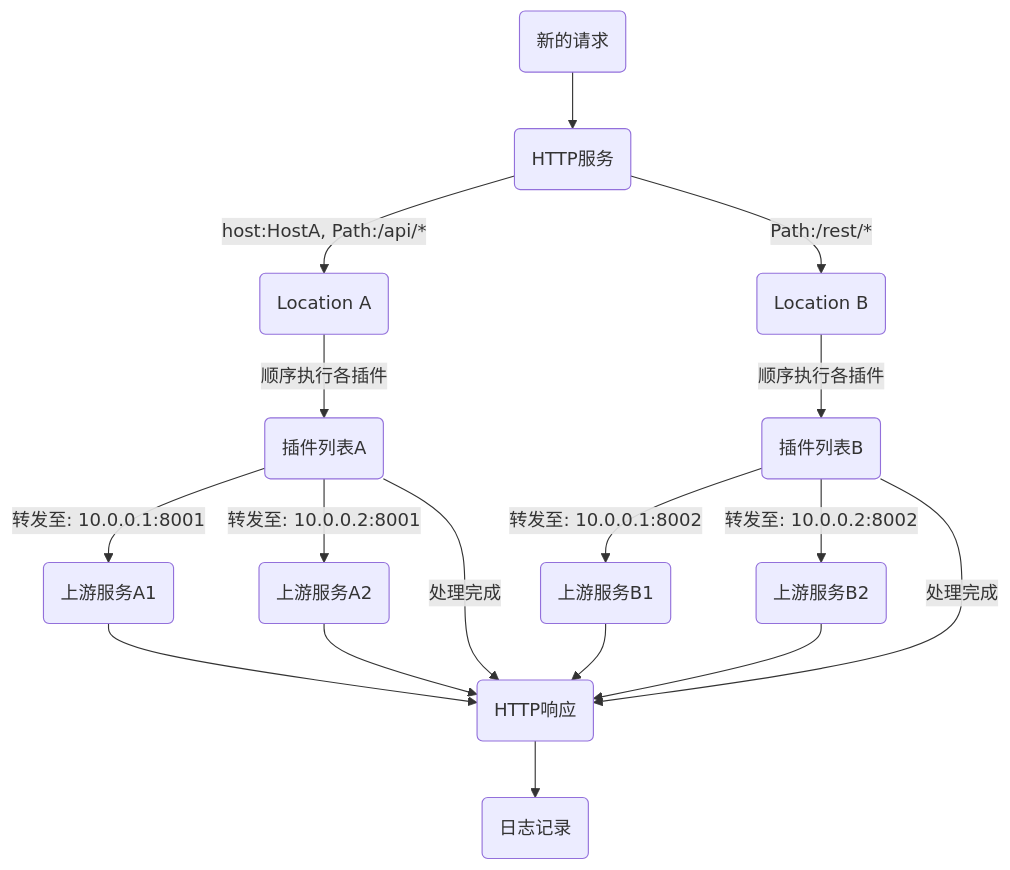
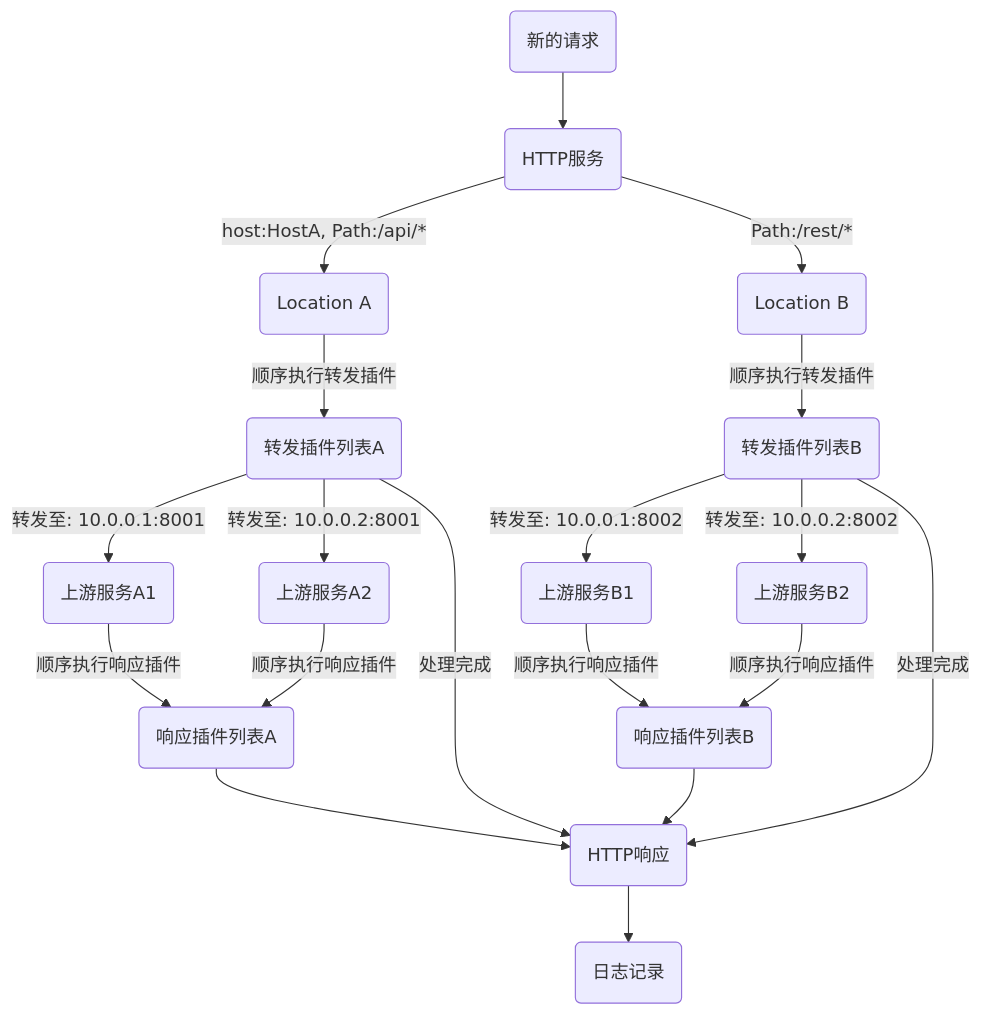
One commit to vicanso/pingap changed the diagram in README_zh.md. Above: the diagram before and after it, drawn with Mermaid. The commit also changed 20 other files, not shown here.

````diff
--- a/README_zh.md
+++ b/README_zh.md
@@ -46,26 +46,47 @@
 ```mermaid
 graph TD;
-    start("新的请求")-->server("HTTP服务");
+    server("HTTP服务");
+    locationA("Location A");
+    locationB("Location B");
+    locationPluginListA("转发插件列表A");
+    locationPluginListB("转发插件列表B");
+    upstreamA1("上游服务A1");
+    upstreamA2("上游服务A2");
+    upstreamB1("上游服务B1");
+    upstreamB2("上游服务B2");
+    locationResponsePluginListA("响应插件列表A");
+    locationResponsePluginListB("响应插件列表B");
 
-    server -- "host:HostA, Path:/api/*" --> locationA("Location A")
+    start("新的请求") --> server
 
-    server -- "Path:/rest/*"--> locationB("Location B")
+    server -- "host:HostA, Path:/api/*" --> locationA
 
-    locationA -- "顺序执行各插件" --> locationPluginListA("插件列表A")
+    server -- "Path:/rest/*"--> locationB
 
-    locationB -- "顺序执行各插件" --> locationPluginListB("插件列表B")
+    locationA -- "顺序执行转发插件" --> locationPluginListA
 
-    locationPluginListA -- "转发至: 10.0.0.1:8001" --> upstreamA1("上游服务A1") --> response
+    locationB -- "顺序执行转发插件" --> locationPluginListB
 
-    locationPluginListA -- "转发至: 10.0.0.2:8001" --> upstreamA2("上游服务A2") --> response
+    locationPluginListA -- "转发至: 10.0.0.1:8001" --> upstreamA1
+
+    locationPluginListA -- "转发至: 10.0.0.2:8001" --> upstreamA2
 
     locationPluginListA -- "处理完成" --> response
 
-    locationPluginListB -- "转发至: 10.0.0.1:8002" --> upstreamB1("上游服务B1") --> response
+    locationPluginListB -- "转发至: 10.0.0.1:8002" --> upstreamB1
 
-    locationPluginListB -- "转发至: 10.0.0.2:8002" --> upstreamB2("上游服务B2") --> response
+    locationPluginListB -- "转发至: 10.0.0.2:8002" --> upstreamB2
 
     locationPluginListB -- "处理完成" --> response
 
+    upstreamA1 -- "顺序执行响应插件" --> locationResponsePluginListA
+    upstreamA2 -- "顺序执行响应插件" --> locationResponsePluginListA
+
+    upstreamB1 -- "顺序执行响应插件" --> locationResponsePluginListB
+    upstreamB2 -- "顺序执行响应插件" --> locationResponsePluginListB
+
+    locationResponsePluginListA --> response
+    locationResponsePluginListB --> response
+
     response("HTTP响应") --> stop("日志记录");
 ```
````
